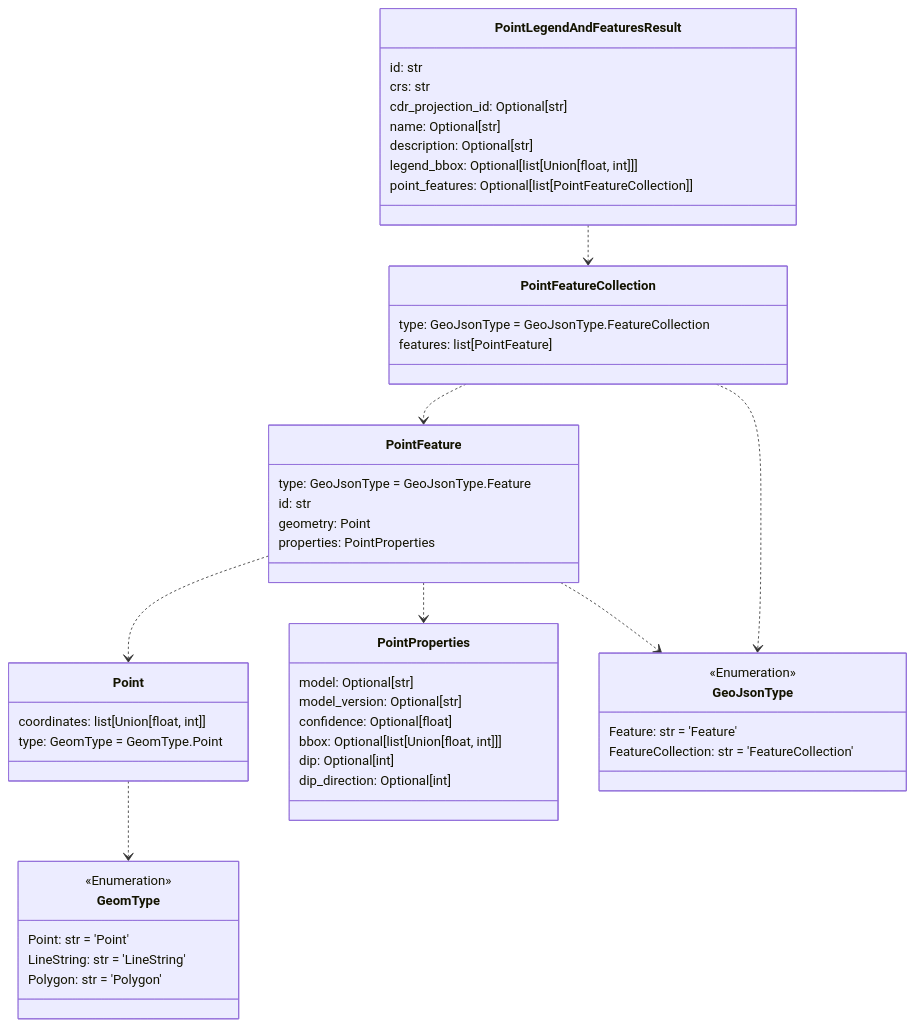
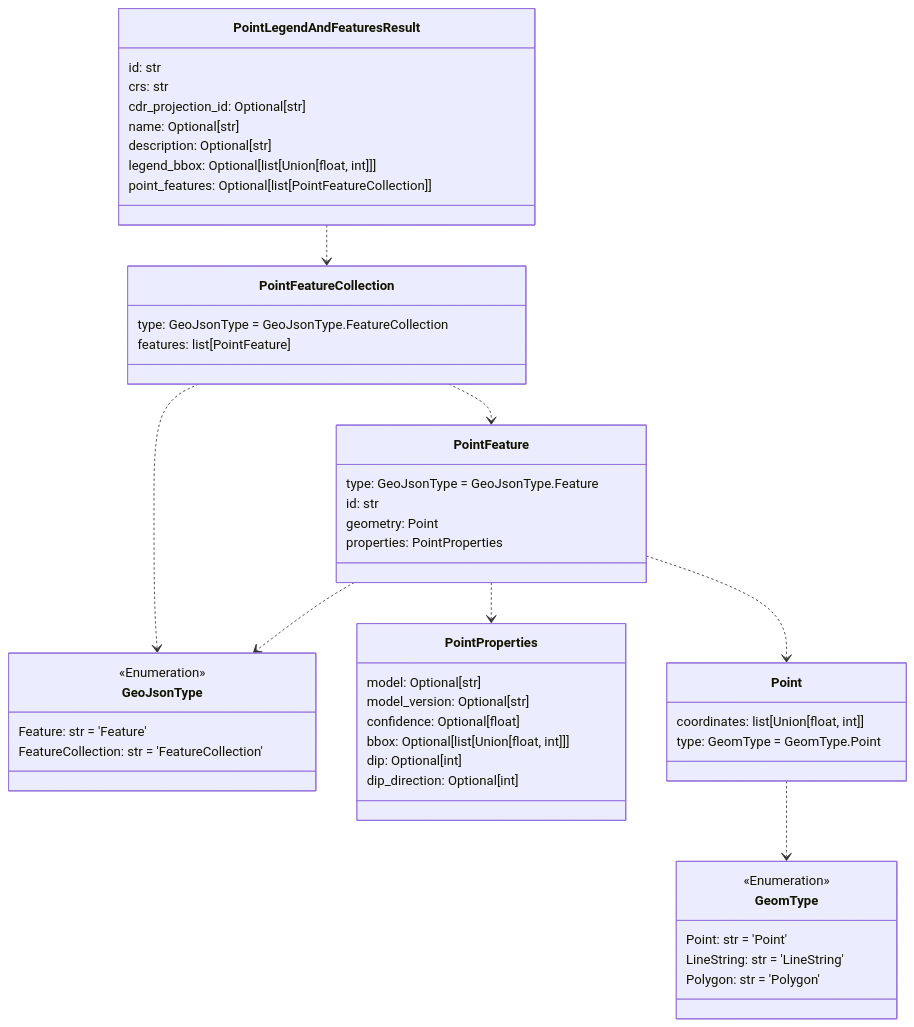
Before and after one commit to DARPA-CRITICALMAAS/cdr_schemas: the fourth of 11 diagrams in README.md, drawn with Mermaid. The commit also changed other lines of this file and 6 other files, not shown here.

Commit message:
ta2 schemas, docs, results changes

````diff
--- a/README.md
+++ b/README.md
@@ -278,62 +278,62 @@
 ```mermaid
 classDiagram
+
+    class PointFeatureCollection {
+        type: GeoJsonType = GeoJsonType.FeatureCollection
+        features: list[PointFeature]
+    }
+
+    class GeomType {
+        <<Enumeration>>
+        Point: str = 'Point'
+        LineString: str = 'LineString'
+        Polygon: str = 'Polygon'
+    }
 
     class Point {
         coordinates: list[Union[float, int]]
         type: GeomType = GeomType.Point
     }
 
     class PointLegendAndFeaturesResult {
         id: str
         crs: str
         cdr_projection_id: Optional[str]
         name: Optional[str]
         description: Optional[str]
         legend_bbox: Optional[list[Union[float, int]]]
         point_features: Optional[list[PointFeatureCollection]]
     }
 
-    class GeomType {
+    class GeoJsonType {
         <<Enumeration>>
-        Point: str = 'Point'
-        LineString: str = 'LineString'
-        Polygon: str = 'Polygon'
+        Feature: str = 'Feature'
+        FeatureCollection: str = 'FeatureCollection'
     }
 
     class PointProperties {
         model: Optional[str]
         model_version: Optional[str]
         confidence: Optional[float]
         bbox: Optional[list[Union[float, int]]]
         dip: Optional[int]
         dip_direction: Optional[int]
     }
 
     class PointFeature {
         type: GeoJsonType = GeoJsonType.Feature
         id: str
         geometry: Point
         properties: PointProperties
     }
 
-    class PointFeatureCollection {
-        type: GeoJsonType = GeoJsonType.FeatureCollection
-        features: list[PointFeature]
-    }
-
-    class GeoJsonType {
-        <<Enumeration>>
-        Feature: str = 'Feature'
-        FeatureCollection: str = 'FeatureCollection'
-    }
-
     Point ..> GeomType
+    PointFeature ..> GeoJsonType
+    PointFeature ..> PointProperties
     PointFeature ..> Point
-    PointFeature ..> PointProperties
-    PointFeature ..> GeoJsonType
+    PointFeatureCollection ..> GeoJsonType
     PointFeatureCollection ..> PointFeature
-    PointFeatureCollection ..> GeoJsonType
     PointLegendAndFeaturesResult ..> PointFeatureCollection
 
 
 ```
````
